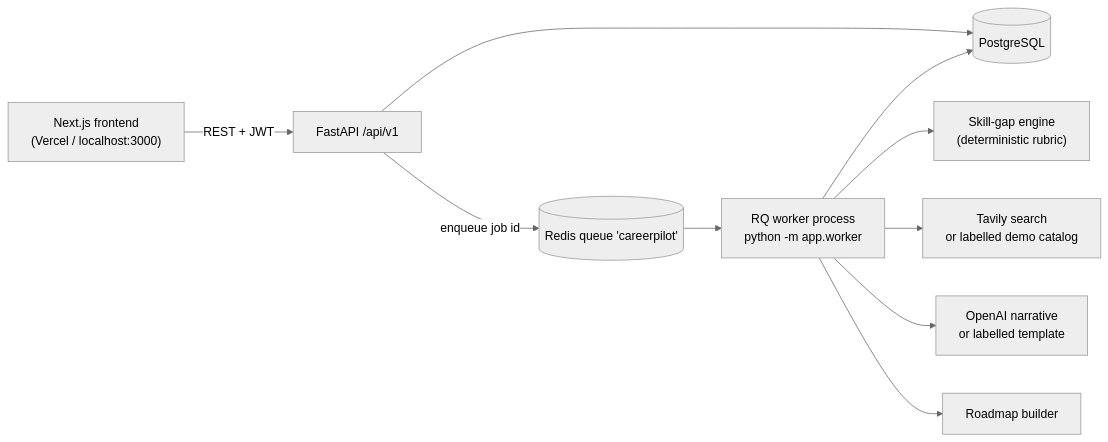
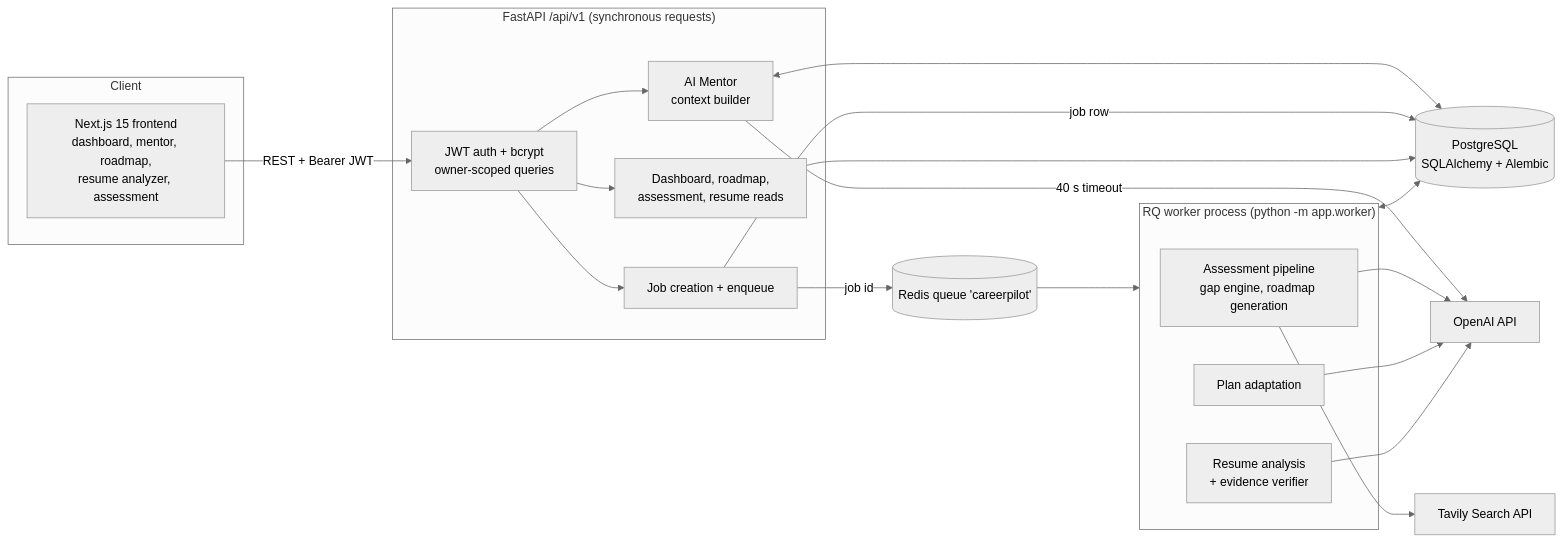
One commit to shafiqahmed-786/careerpilot-ai changed the diagram in README.md. Above: the diagram before and after it, drawn with Mermaid (neutral theme). The commit also changed other lines of this file and 16 other files, not shown here.

````diff
--- a/README.md
+++ b/README.md
@@ -78,12 +59,35 @@
 ```mermaid
 flowchart LR
-  Browser["Next.js frontend<br/>(Vercel / localhost:3000)"] -->|"REST + JWT"| API["FastAPI /api/v1"]
-  API --> PG[("PostgreSQL")]
-  API -->|"enqueue job id"| Redis[("Redis queue 'careerpilot'")]
-  Redis --> Worker["RQ worker process<br/>python -m app.worker"]
-  Worker --> PG
-  Worker --> Gaps["Skill-gap engine<br/>(deterministic rubric)"]
-  Worker --> Search["Tavily search<br/>or labelled demo catalog"]
-  Worker --> LLM["OpenAI narrative<br/>or labelled template"]
-  Worker --> Road["Roadmap builder"]
+  subgraph Client
+    UI["Next.js 15 frontend<br/>dashboard, mentor, roadmap,<br/>resume analyzer, assessment"]
+  end
+  subgraph API["FastAPI /api/v1 (synchronous requests)"]
+    AUTH["JWT auth + bcrypt<br/>owner-scoped queries"]
+    MENTOR["AI Mentor<br/>context builder"]
+    ENQ["Job creation + enqueue"]
+    READ["Dashboard, roadmap,<br/>assessment, resume reads"]
+  end
+  PG[("PostgreSQL<br/>SQLAlchemy + Alembic")]
+  REDIS[("Redis queue 'careerpilot'")]
+  subgraph Worker["RQ worker process (python -m app.worker)"]
+    PIPE["Assessment pipeline<br/>gap engine, roadmap generation"]
+    ADAPT["Plan adaptation"]
+    RES["Resume analysis<br/>+ evidence verifier"]
+  end
+  OPENAI["OpenAI API"]
+  TAVILY["Tavily Search API"]
+
+  UI -->|"REST + Bearer JWT"| AUTH
+  AUTH --> MENTOR & ENQ & READ
+  MENTOR <--> PG
+  MENTOR -->|"40 s timeout"| OPENAI
+  ENQ -->|"job row"| PG
+  ENQ -->|"job id"| REDIS
+  READ --> PG
+  REDIS --> Worker
+  Worker <--> PG
+  PIPE --> TAVILY
+  PIPE --> OPENAI
+  ADAPT --> OPENAI
+  RES --> OPENAI
 ```
````
